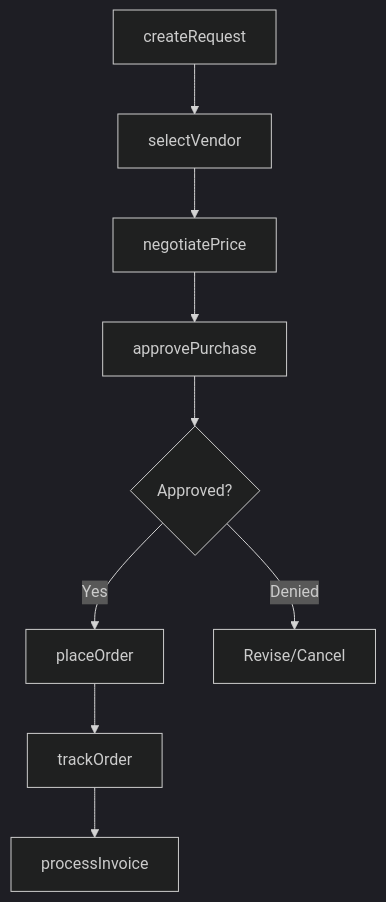
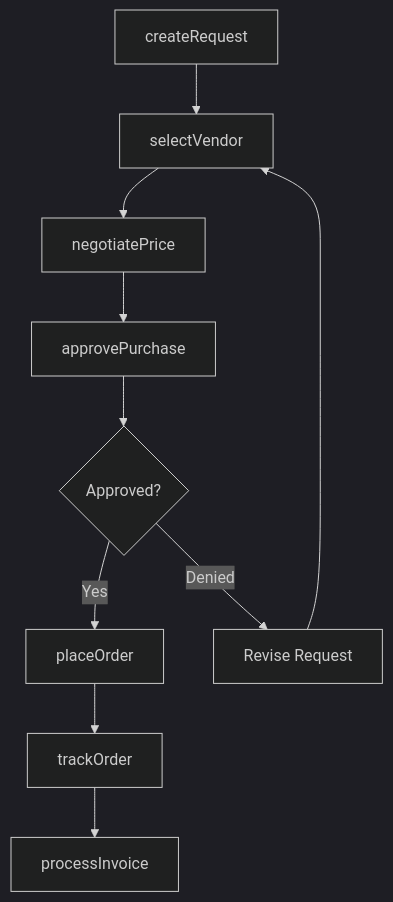
Before and after one commit to dot-org-ai/tasks.org.ai: the third of 4 diagrams in MonitoringAndControllingResources/PurchaseGoodsOrServices/PurchaseProductsServices.mdx, drawn with Mermaid (dark theme). The commit also changed other lines of this file and 307 other files, not shown here.

First line of the commit message:
feat: Add ER diagrams and state diagrams to remaining 308 DWA task files (wave 3 complete)

````diff
--- a/MonitoringAndControllingResources/PurchaseGoodsOrServices/PurchaseProductsServices.mdx
+++ b/MonitoringAndControllingResources/PurchaseGoodsOrServices/PurchaseProductsServices.mdx
@@ -87,11 +114,12 @@
 ```mermaid
 graph TD
     A[createRequest] --> B[selectVendor]
     B --> C[negotiatePrice]
     C --> D[approvePurchase]
     D --> E{Approved?}
     E -->|Yes| F[placeOrder]
-    E -->|Denied| G[Revise/Cancel]
+    E -->|Denied| G[Revise Request]
+    G --> B
     F --> H[trackOrder]
     H --> I[processInvoice]
 ```
````
